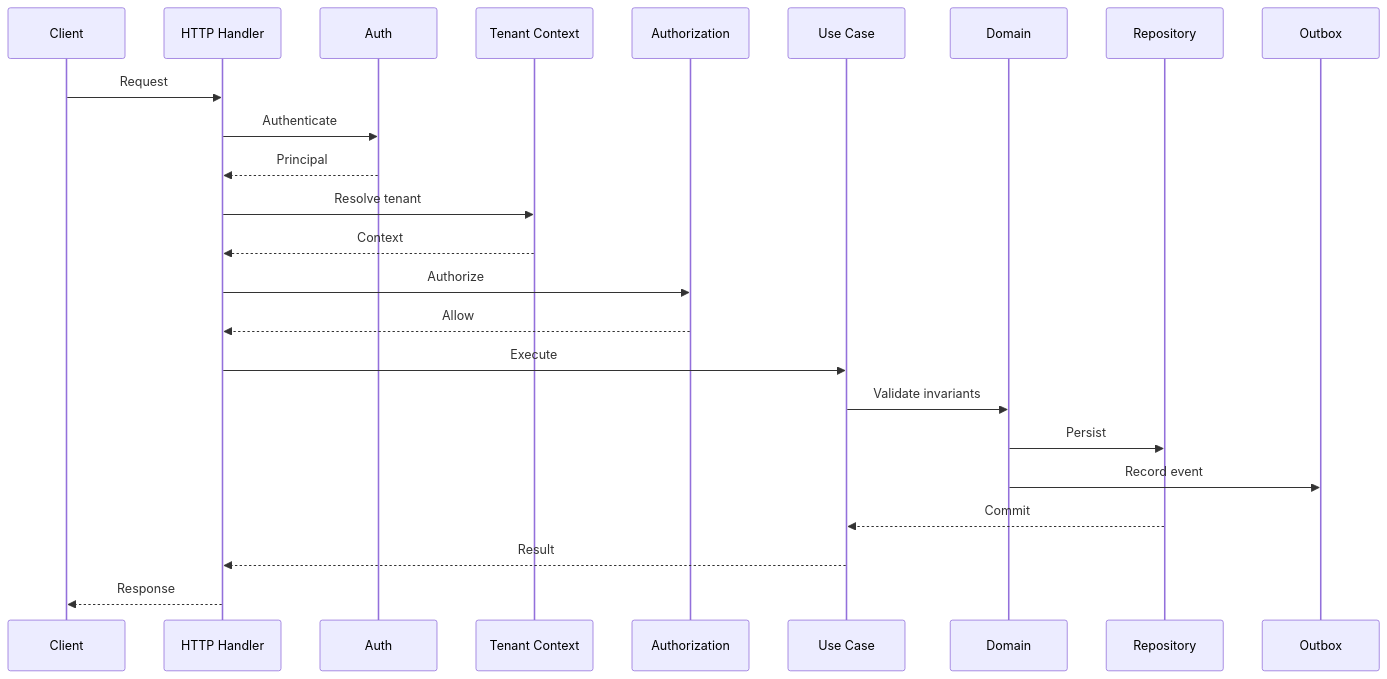
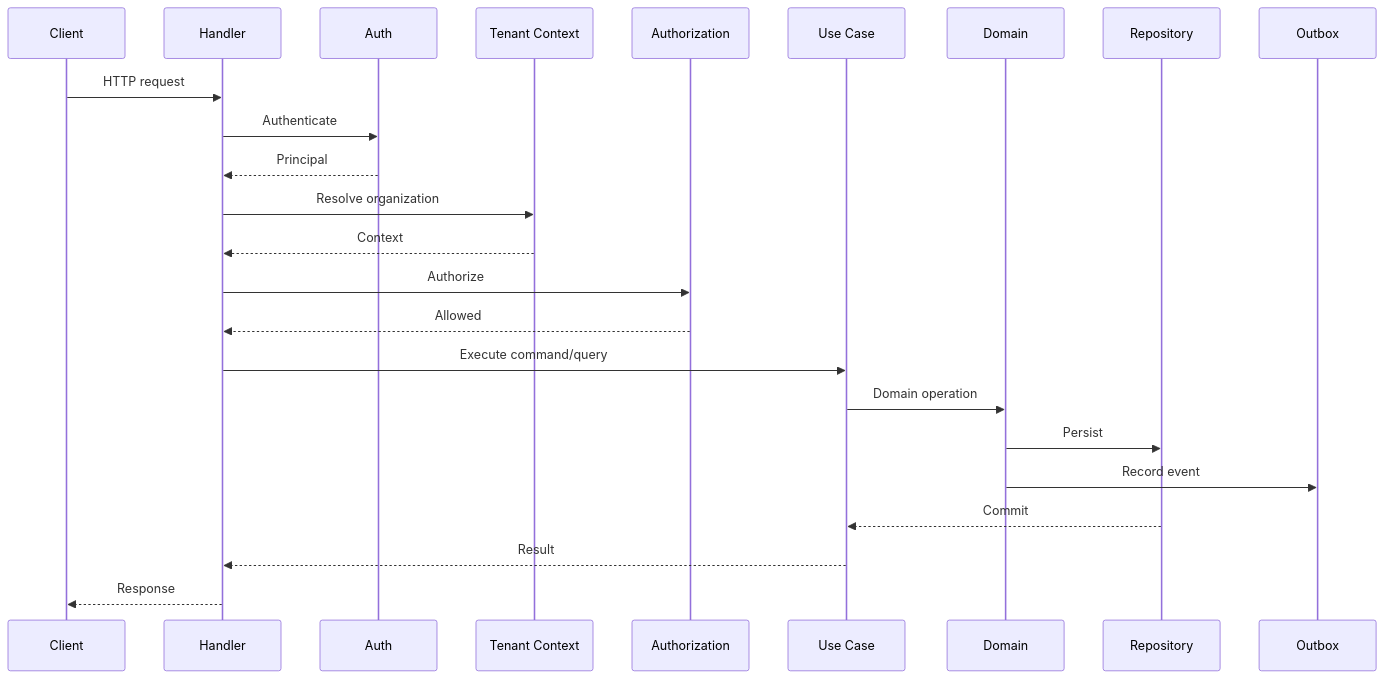
Before and after one commit to D-engahmed/OMILINKS: the second of 3 diagrams in docs/architecture/LLD.md, drawn with Mermaid. The commit also changed other lines of this file and 4 other files, not shown here.

Commit message:
docs: deepen architecture implementation blueprints

```diff
--- a/docs/architecture/LLD.md
+++ b/docs/architecture/LLD.md
@@ -66,26 +66,26 @@
 ~~~mermaid
 sequenceDiagram
 participant C as Client
-participant H as HTTP Handler
+participant H as Handler
 participant A as Auth
 participant T as Tenant Context
 participant Z as Authorization
 participant U as Use Case
 participant D as Domain
 participant R as Repository
 participant O as Outbox
-C->>H: Request
+C->>H: HTTP request
 H->>A: Authenticate
 A-->>H: Principal
-H->>T: Resolve tenant
+H->>T: Resolve organization
 T-->>H: Context
 H->>Z: Authorize
-Z-->>H: Allow
-H->>U: Execute
-U->>D: Validate invariants
+Z-->>H: Allowed
+H->>U: Execute command/query
+U->>D: Domain operation
 D->>R: Persist
 D->>O: Record event
 R-->>U: Commit
 U-->>H: Result
 H-->>C: Response
 ~~~
```
